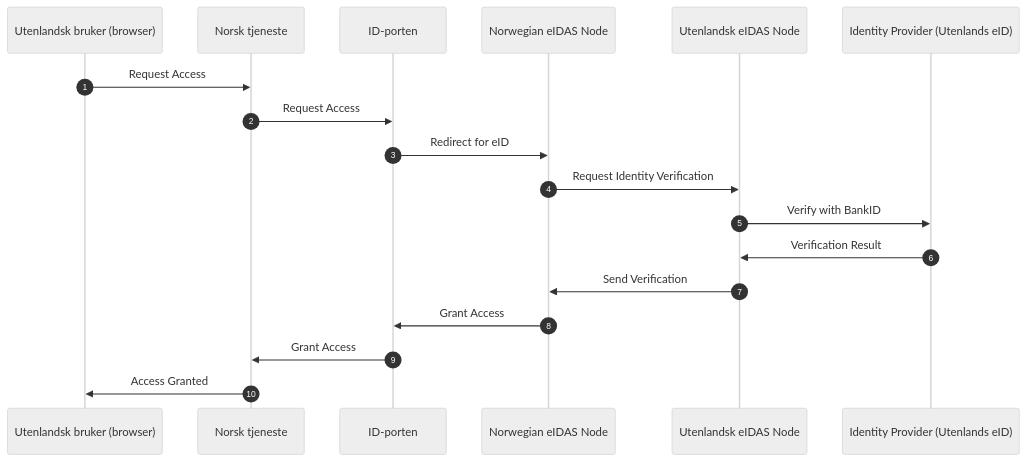
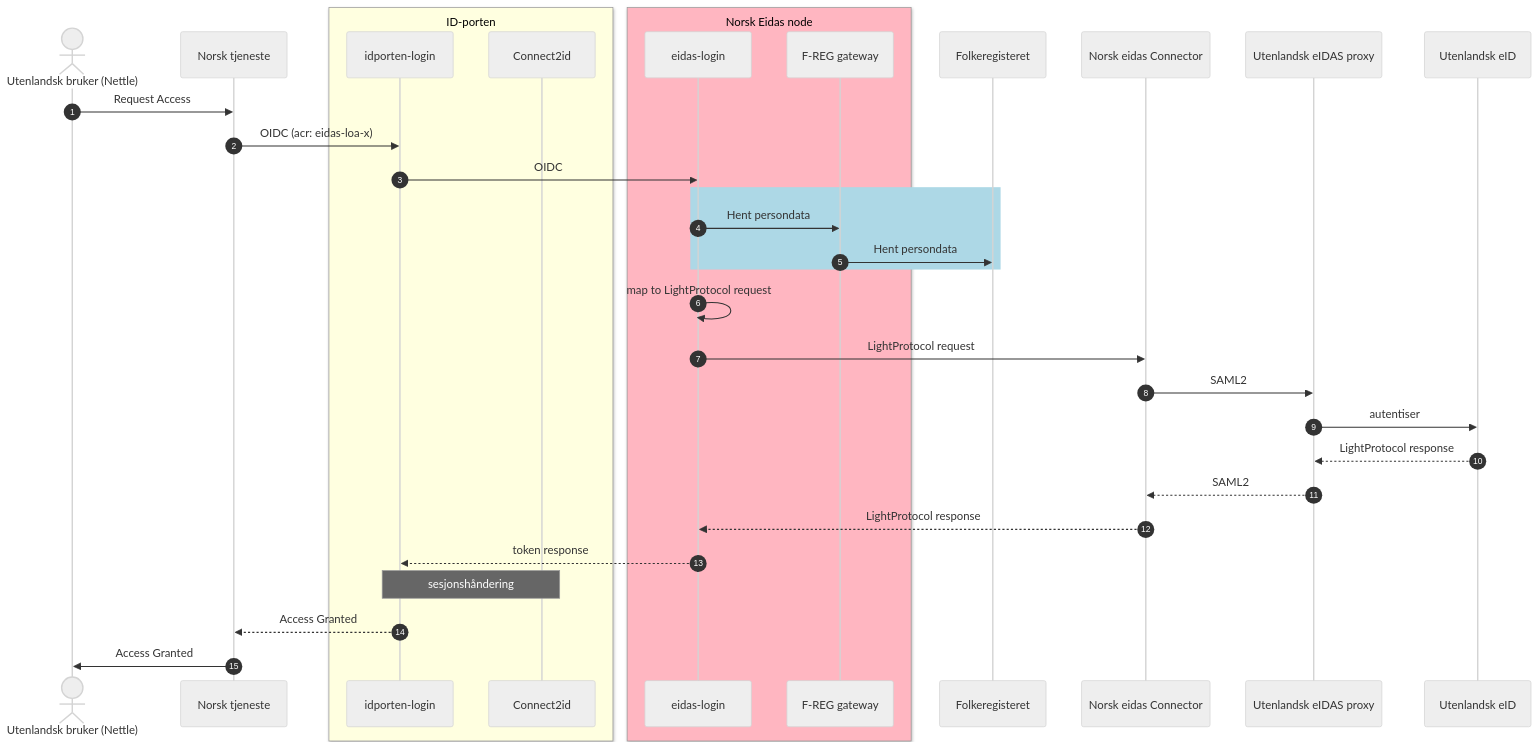
Before and after one commit to felleslosninger/eidas-demo-countries: the second of 2 diagrams in README.md, drawn with Mermaid (neutral theme). The commit also changed other lines of this file, not shown here.

Commit message:
utelands bruker

````diff
--- a/README.md
+++ b/README.md
@@ -41,21 +43,37 @@
 ```mermaid  
 sequenceDiagram
 autonumber
-    participant User as Utenlandsk bruker (browser)
+    actor User as Utenlandsk bruker (Nettle)
     participant SP as Norsk tjeneste
-    participant Idporten as ID-porten
-    participant NEN as Norwegian eIDAS Node
-    participant SEN as Utenlandsk eIDAS Node
-    participant IDP as Identity Provider (Utenlands eID)
+    box lightyellow ID-porten
+    participant IL as idporten-login
+    participant C2ID as Connect2id
+    end
+    box lightpink Norsk Eidas node
+        participant EL as eidas-login
+        participant FRGW as F-REG gateway
+    end
+    participant FR as Folkeregisteret
+    participant NEC as Norsk eidas Connector
+    participant UPS as Utenlandsk eIDAS proxy
+    participant IDP as Utenlandsk eID
 
     User->>SP: Request Access
-    SP->>Idporten: Request Access
-    Idporten->>NEN: Redirect for eID
-    NEN->>SEN: Request Identity Verification
-    SEN->>IDP: Verify with BankID
-    IDP->>SEN: Verification Result
-    SEN->>NEN: Send Verification
-    NEN->>Idporten: Grant Access
-    Idporten->>SP: Grant Access
+    SP->>IL: OIDC (acr: eidas-loa-x)
+    IL->>EL: OIDC
+    rect lightblue
+    EL->>FRGW: Hent persondata
+    FRGW->>FR: Hent persondata
+    end
+    EL->>EL: map to LightProtocol request
+    EL->>NEC: LightProtocol request
+    NEC->>UPS: SAML2
+    UPS->>IDP: autentiser
+    IDP-->> UPS: LightProtocol response
+    UPS-->>NEC: SAML2
+    NEC-->>EL: LightProtocol response
+    EL-->>IL: token response
+    Note over IL,C2ID: sesjonshåndering
+    IL-->>SP: Access Granted
     SP->>User: Access Granted
 ```    
````
